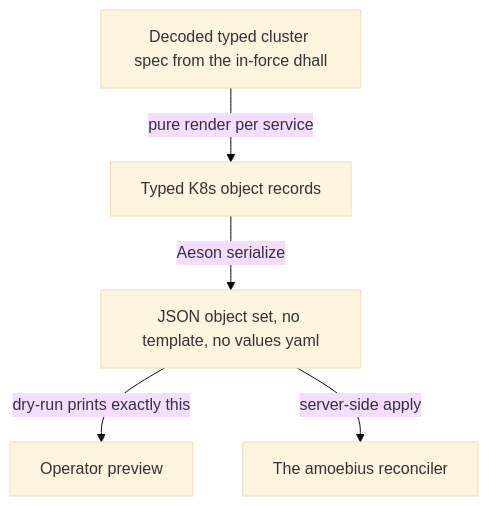
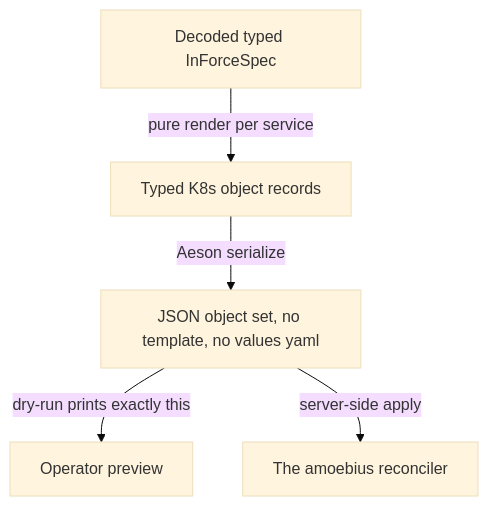
Before and after one commit to Tuee22/amoebius: the first of 4 diagrams in documents/engineering/manifest_generation_doctrine.md, drawn with Mermaid (base theme). The commit also changed other lines of this file and 37 other files, not shown here.

````diff
--- a/documents/engineering/manifest_generation_doctrine.md
+++ b/documents/engineering/manifest_generation_doctrine.md
@@ -112,7 +112,7 @@
 ```mermaid
 flowchart TD
-  spec[Decoded typed cluster spec from the in-force dhall] -->|pure render per service| objs[Typed K8s object records]
+  spec[Decoded typed InForceSpec] -->|pure render per service| objs[Typed K8s object records]
   objs -->|Aeson serialize| json[JSON object set, no template, no values yaml]
   json -->|dry-run prints exactly this| preview[Operator preview]
   json -->|server-side apply| engine[The amoebius reconciler]
 ```
````
